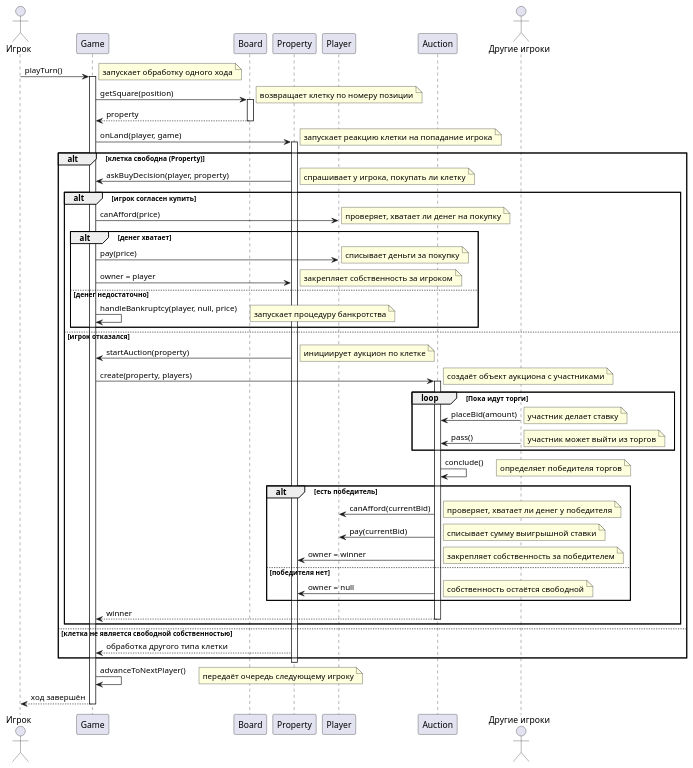
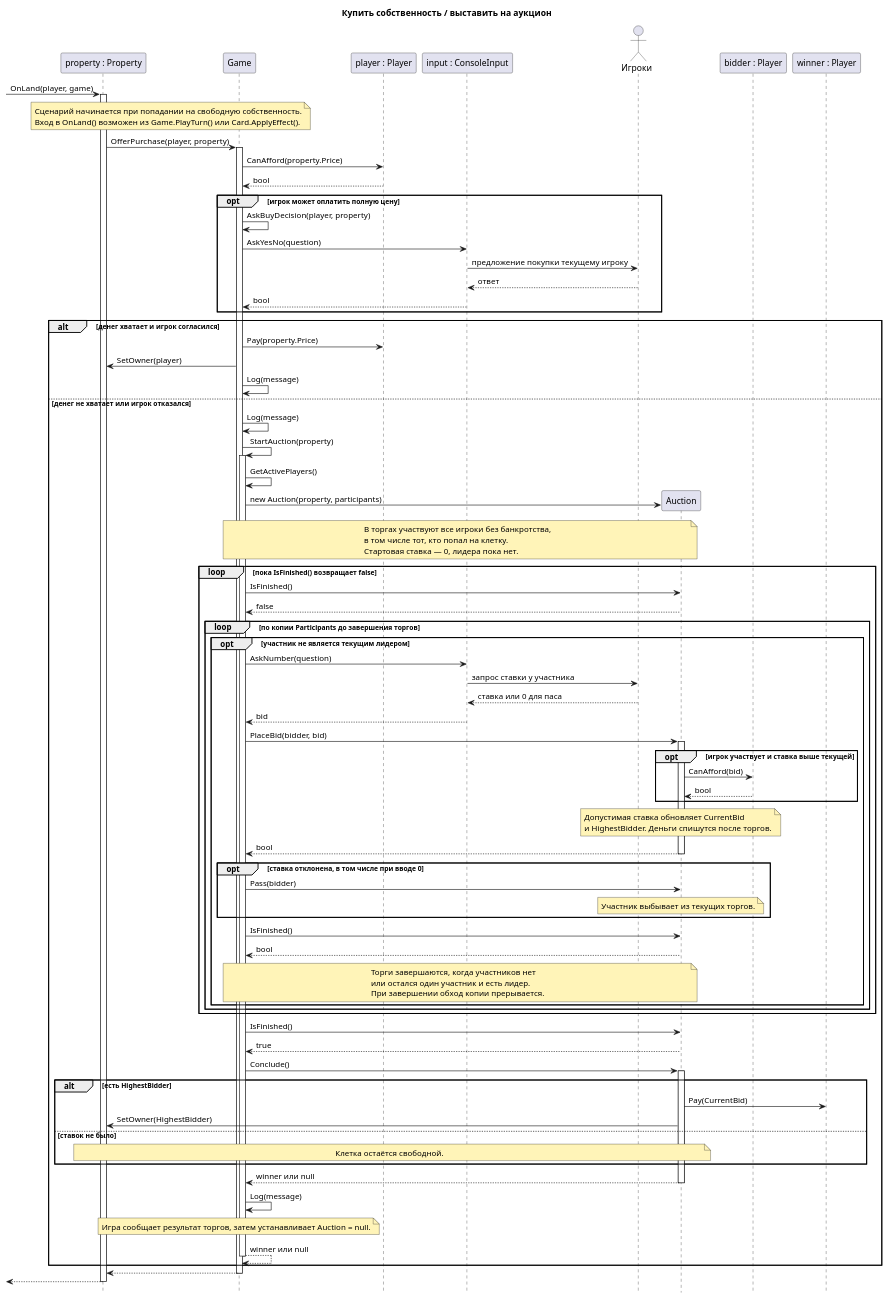
Before and after one commit to penamarth/bsbo-11-24_team4_var14_monopoly: the diagram in прецеденты/Купить собственность/Купить собственность_аукцион — диаграмма.puml, drawn with PlantUML. The commit also changed 22 other files, not shown here.

Commit message:
переделали агрегаты, puml диаграммы последовательности и подкоректировали описание прецедентов и программы

```diff
--- a/прецеденты/Купить собственность/Купить собственность_аукцион — диаграмма.puml
+++ b/прецеденты/Купить собственность/Купить собственность_аукцион — диаграмма.puml
@@ -1,87 +1,110 @@
 @startuml
+title Купить собственность / выставить на аукцион
+hide footbox
+skinparam noteBackgroundColor #FFF4B8
 
-actor Игрок
+participant "property : Property" as Property
 participant Game
-participant Board
-participant Property
-participant Player
+participant "player : Player" as Player
+participant "input : ConsoleInput" as Input
+actor "Игроки" as Users
 participant Auction
-actor "Другие игроки" as Players
+participant "bidder : Player" as Bidder
+participant "winner : Player" as Winner
 
-Игрок -> Game : playTurn()
-note right: запускает обработку одного хода
+[-> Property : OnLand(player, game)
+activate Property
+note over Property, Game
+  Сценарий начинается при попадании на свободную собственность.
+  Вход в OnLand() возможен из Game.PlayTurn() или Card.ApplyEffect().
+end note
+
+Property -> Game : OfferPurchase(player, property)
 activate Game
-
-Game -> Board : getSquare(position)
-note right: возвращает клетку по номеру позиции
-activate Board
-Game <-- Board : property
-deactivate Board
-
-Game -> Property : onLand(player, game)
-note right: запускает реакцию клетки на попадание игрока
-activate Property
-
-alt клетка свободна (Property)
-    Property -> Game : askBuyDecision(player, property)
-    note right: спрашивает у игрока, покупать ли клетку
-
-    alt игрок согласен купить
-        Game -> Player : canAfford(price)
-        note right: проверяет, хватает ли денег на покупку
-
-        alt денег хватает
-            Game -> Player : pay(price)
-            note right: списывает деньги за покупку
-            Game -> Property : owner = player
-            note right: закрепляет собственность за игроком
-        else денег недостаточно
-            Game -> Game : handleBankruptcy(player, null, price)
-            note right: запускает процедуру банкротства
-        end
-
-    else игрок отказался
-        Property -> Game : startAuction(property)
-        note right: инициирует аукцион по клетке
-        Game -> Auction : create(property, players)
-        note right: создаёт объект аукциона с участниками
-        activate Auction
-
-        loop Пока идут торги
-            Players -> Auction : placeBid(amount)
-            note right: участник делает ставку
-            Players -> Auction : pass()
-            note right: участник может выйти из торгов
-        end
-
-        Auction -> Auction : conclude()
-        note right: определяет победителя торгов
-
-        alt есть победитель
-            Auction -> Player : canAfford(currentBid)
-            note right: проверяет, хватает ли денег у победителя
-            Auction -> Player : pay(currentBid)
-            note right: списывает сумму выигрышной ставки
-            Auction -> Property : owner = winner
-            note right: закрепляет собственность за победителем
-        else победителя нет
-            Auction -> Property : owner = null
-            note right: собственность остаётся свободной
-        end
-
-        Auction --> Game : winner
-        deactivate Auction
-    end
-
-else клетка не является свободной собственностью
-    Property --> Game : обработка другого типа клетки
+Game -> Player : CanAfford(property.Price)
+Player --> Game : bool
+opt игрок может оплатить полную цену
+    Game -> Game : AskBuyDecision(player, property)
+    Game -> Input : AskYesNo(question)
+    Input -> Users : предложение покупки текущему игроку
+    Users --> Input : ответ
+    Input --> Game : bool
 end
 
+alt денег хватает и игрок согласился
+    Game -> Player : Pay(property.Price)
+    Game -> Property : SetOwner(player)
+    Game -> Game : Log(message)
+else денег не хватает или игрок отказался
+    Game -> Game : Log(message)
+    Game -> Game : StartAuction(property)
+    activate Game
+    Game -> Game : GetActivePlayers()
+    create Auction
+    Game -> Auction : new Auction(property, participants)
+    note over Game, Auction
+      В торгах участвуют все игроки без банкротства,
+      в том числе тот, кто попал на клетку.
+      Стартовая ставка — 0, лидера пока нет.
+    end note
+
+    loop пока IsFinished() возвращает false
+        Game -> Auction : IsFinished()
+        Auction --> Game : false
+        loop по копии Participants до завершения торгов
+            opt участник не является текущим лидером
+                Game -> Input : AskNumber(question)
+                Input -> Users : запрос ставки у участника
+                Users --> Input : ставка или 0 для паса
+                Input --> Game : bid
+                Game -> Auction : PlaceBid(bidder, bid)
+                activate Auction
+                opt игрок участвует и ставка выше текущей
+                    Auction -> Bidder : CanAfford(bid)
+                    Bidder --> Auction : bool
+                end
+                note over Auction
+                  Допустимая ставка обновляет CurrentBid
+                  и HighestBidder. Деньги спишутся после торгов.
+                end note
+                Auction --> Game : bool
+                deactivate Auction
+                opt ставка отклонена, в том числе при вводе 0
+                    Game -> Auction : Pass(bidder)
+                    note over Auction : Участник выбывает из текущих торгов.
+                end
+                Game -> Auction : IsFinished()
+                Auction --> Game : bool
+                note over Game, Auction
+                  Торги завершаются, когда участников нет
+                  или остался один участник и есть лидер.
+                  При завершении обход копии прерывается.
+                end note
+            end
+        end
+    end
+    Game -> Auction : IsFinished()
+    Auction --> Game : true
+
+    Game -> Auction : Conclude()
+    activate Auction
+    alt есть HighestBidder
+        Auction -> Winner : Pay(CurrentBid)
+        Auction -> Property : SetOwner(HighestBidder)
+    else ставок не было
+        note over Property, Auction : Клетка остаётся свободной.
+    end
+    Auction --> Game : winner или null
+    deactivate Auction
+    Game -> Game : Log(message)
+    note over Game : Игра сообщает результат торгов, затем устанавливает Auction = null.
+    Game --> Game : winner или null
+    deactivate Game
+end
+
+Game --> Property
+deactivate Game
+[<-- Property
 deactivate Property
 
-Game -> Game : advanceToNextPlayer()
-note right: передаёт очередь следующему игроку
-Игрок <-- Game : ход завершён
-deactivate Game
-
 @enduml
```
